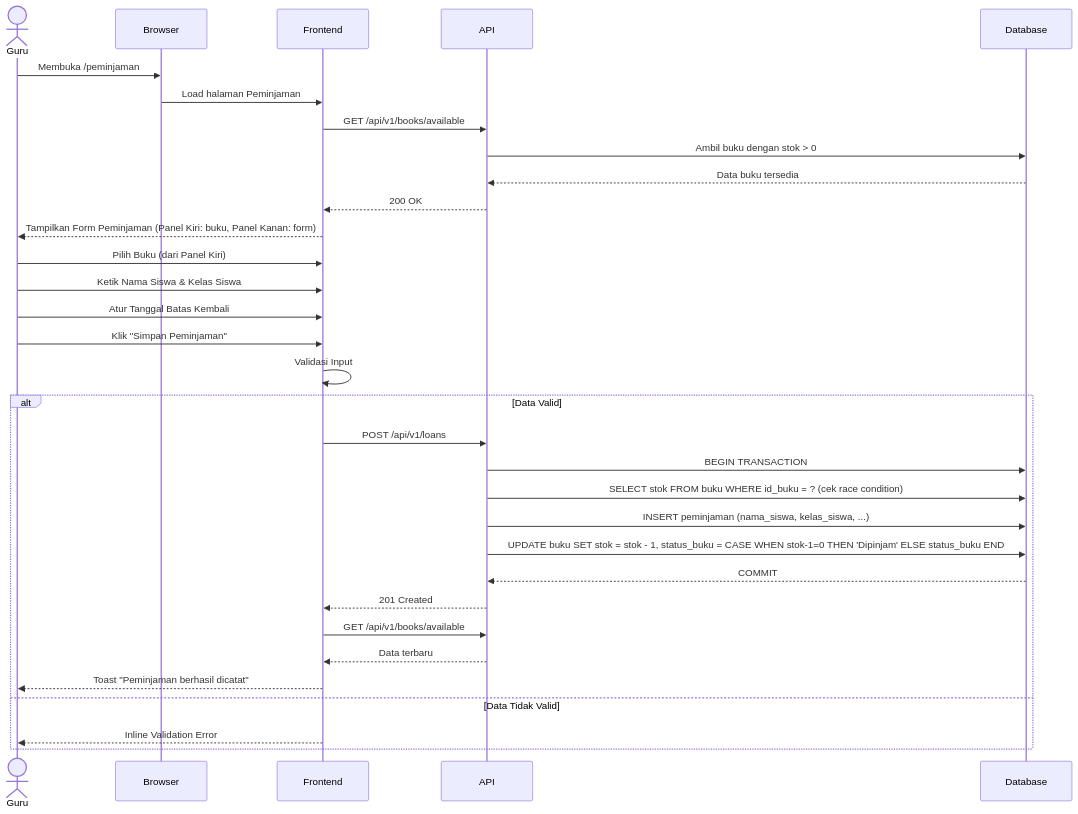
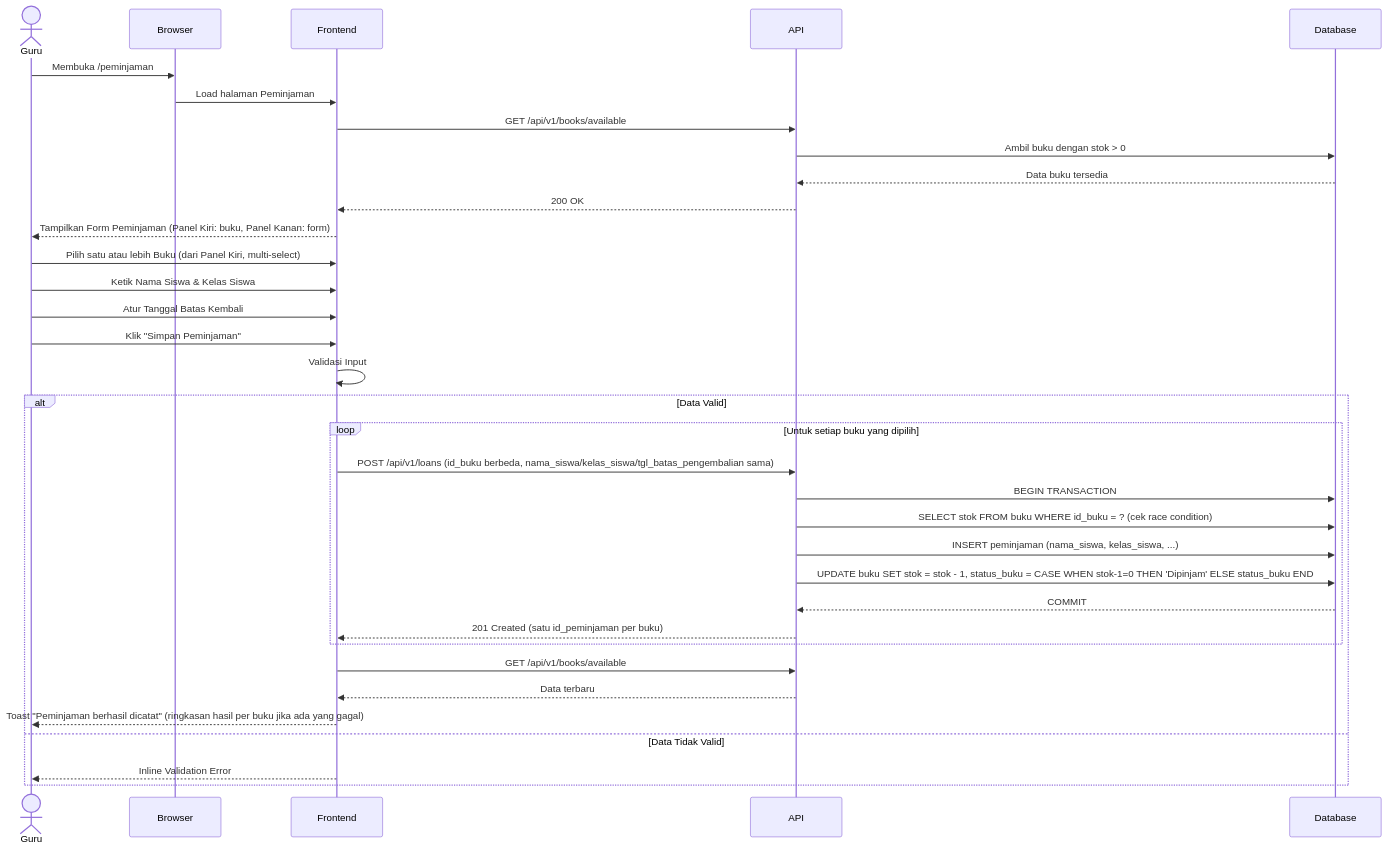
Before and after one commit to aliyaFarah14/DPSI-BRAYYY_Project: the diagram in Docs/system_logic/sys_uc_003.md, drawn with Mermaid. The commit also changed other lines of this file and 7 other files, not shown here.

````diff
--- a/Docs/system_logic/sys_uc_003.md
+++ b/Docs/system_logic/sys_uc_003.md
@@ -45,42 +45,44 @@
 ```mermaid
 sequenceDiagram
     actor Guru
     participant Browser
     participant Frontend
     participant API
     participant Database
 
     Guru->>Browser: Membuka /peminjaman
     Browser->>Frontend: Load halaman Peminjaman
     Frontend->>API: GET /api/v1/books/available
 
     API->>Database: Ambil buku dengan stok > 0
     Database-->>API: Data buku tersedia
     API-->>Frontend: 200 OK
     Frontend-->>Guru: Tampilkan Form Peminjaman (Panel Kiri: buku, Panel Kanan: form)
 
-    Guru->>Frontend: Pilih Buku (dari Panel Kiri)
+    Guru->>Frontend: Pilih satu atau lebih Buku (dari Panel Kiri, multi-select)
     Guru->>Frontend: Ketik Nama Siswa & Kelas Siswa
     Guru->>Frontend: Atur Tanggal Batas Kembali
     Guru->>Frontend: Klik "Simpan Peminjaman"
 
     Frontend->>Frontend: Validasi Input
 
     alt Data Valid
-        Frontend->>API: POST /api/v1/loans
+        loop Untuk setiap buku yang dipilih
+            Frontend->>API: POST /api/v1/loans (id_buku berbeda, nama_siswa/kelas_siswa/tgl_batas_pengembalian sama)
 
-        API->>Database: BEGIN TRANSACTION
-        API->>Database: SELECT stok FROM buku WHERE id_buku = ? (cek race condition)
-        API->>Database: INSERT peminjaman (nama_siswa, kelas_siswa, ...)
-        API->>Database: UPDATE buku SET stok = stok - 1, status_buku = CASE WHEN stok-1=0 THEN 'Dipinjam' ELSE status_buku END
-        Database-->>API: COMMIT
+            API->>Database: BEGIN TRANSACTION
+            API->>Database: SELECT stok FROM buku WHERE id_buku = ? (cek race condition)
+            API->>Database: INSERT peminjaman (nama_siswa, kelas_siswa, ...)
+            API->>Database: UPDATE buku SET stok = stok - 1, status_buku = CASE WHEN stok-1=0 THEN 'Dipinjam' ELSE status_buku END
+            Database-->>API: COMMIT
 
-        API-->>Frontend: 201 Created
+            API-->>Frontend: 201 Created (satu id_peminjaman per buku)
+        end
         Frontend->>API: GET /api/v1/books/available
         API-->>Frontend: Data terbaru
-        Frontend-->>Guru: Toast "Peminjaman berhasil dicatat"
+        Frontend-->>Guru: Toast "Peminjaman berhasil dicatat" (ringkasan hasil per buku jika ada yang gagal)
 
     else Data Tidak Valid
         Frontend-->>Guru: Inline Validation Error
     end
 ```
````
